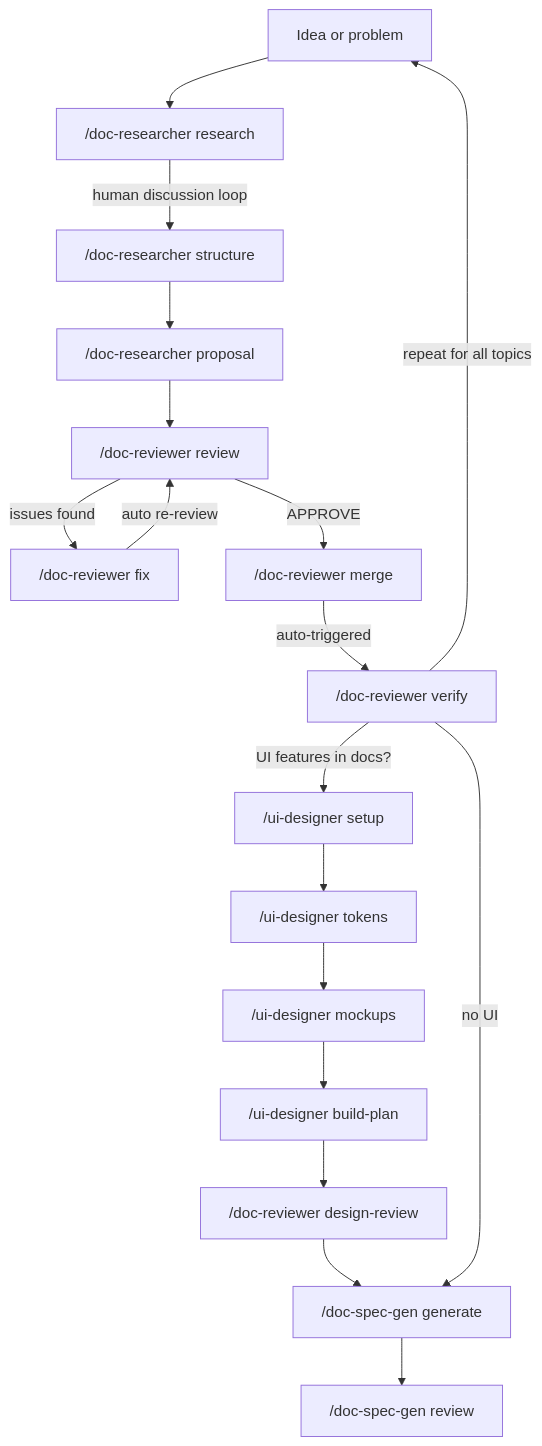
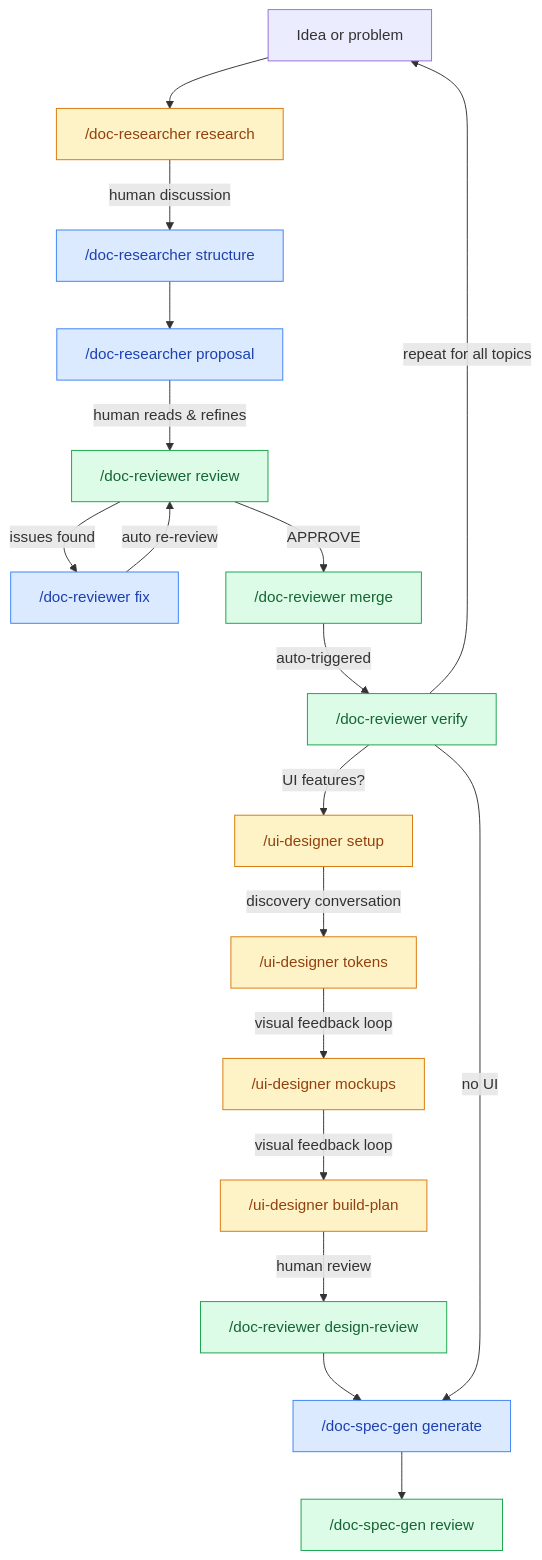
The first of 5 diagrams in README.md (dev-eloper1/clarity-loop), drawn with Mermaid before and after one commit. The commit also changed other lines of this file and 3 other files, not shown here.

First line of the commit message:
Clean up diagrams and consolidate to single .pen file

````diff
--- a/README.md
+++ b/README.md
@@ -40,22 +40,26 @@
 ```mermaid
 flowchart TD
-    START["Idea or problem"] --> RESEARCH["/doc-researcher research"]
-    RESEARCH -->|"human discussion loop"| STRUCTURE["/doc-researcher structure"]
-    STRUCTURE --> PROPOSAL["/doc-researcher proposal"]
-    PROPOSAL --> REVIEW["/doc-reviewer review"]
-    REVIEW -->|"issues found"| FIX["/doc-reviewer fix"]
+    classDef human fill:#fef3c7,stroke:#d97706,color:#92400e
+    classDef ai fill:#dbeafe,stroke:#3b82f6,color:#1e40af
+    classDef gate fill:#dcfce7,stroke:#16a34a,color:#166534
+
+    START["Idea or problem"] --> RESEARCH["/doc-researcher research"]:::human
+    RESEARCH -->|"human discussion"| STRUCTURE["/doc-researcher structure"]:::ai
+    STRUCTURE --> PROPOSAL["/doc-researcher proposal"]:::ai
+    PROPOSAL -->|"human reads & refines"| REVIEW["/doc-reviewer review"]:::gate
+    REVIEW -->|"issues found"| FIX["/doc-reviewer fix"]:::ai
     FIX -->|"auto re-review"| REVIEW
-    REVIEW -->|"APPROVE"| MERGE["/doc-reviewer merge"]
-    MERGE -->|"auto-triggered"| VERIFY["/doc-reviewer verify"]
+    REVIEW -->|"APPROVE"| MERGE["/doc-reviewer merge"]:::gate
+    MERGE -->|"auto-triggered"| VERIFY["/doc-reviewer verify"]:::gate
     VERIFY -->|"repeat for all topics"| START
 
-    VERIFY -->|"UI features in docs?"| DESIGN_SETUP["/ui-designer setup"]
-    DESIGN_SETUP --> TOKENS["/ui-designer tokens"]
-    TOKENS --> MOCKUPS["/ui-designer mockups"]
-    MOCKUPS --> BUILD["/ui-designer build-plan"]
-    BUILD --> DESIGN_REVIEW["/doc-reviewer design-review"]
+    VERIFY -->|"UI features?"| SETUP["/ui-designer setup"]:::human
+    SETUP -->|"discovery conversation"| TOKENS["/ui-designer tokens"]:::human
+    TOKENS -->|"visual feedback loop"| MOCKUPS["/ui-designer mockups"]:::human
+    MOCKUPS -->|"visual feedback loop"| BUILD["/ui-designer build-plan"]:::human
+    BUILD -->|"human review"| DREVIEW["/doc-reviewer design-review"]:::gate
 
-    DESIGN_REVIEW --> SPECS["/doc-spec-gen generate"]
+    DREVIEW --> SPECS["/doc-spec-gen generate"]:::ai
     VERIFY -->|"no UI"| SPECS
-    SPECS --> SPEC_REVIEW["/doc-spec-gen review"]
+    SPECS --> SPEC_REVIEW["/doc-spec-gen review"]:::gate
 ```
````
